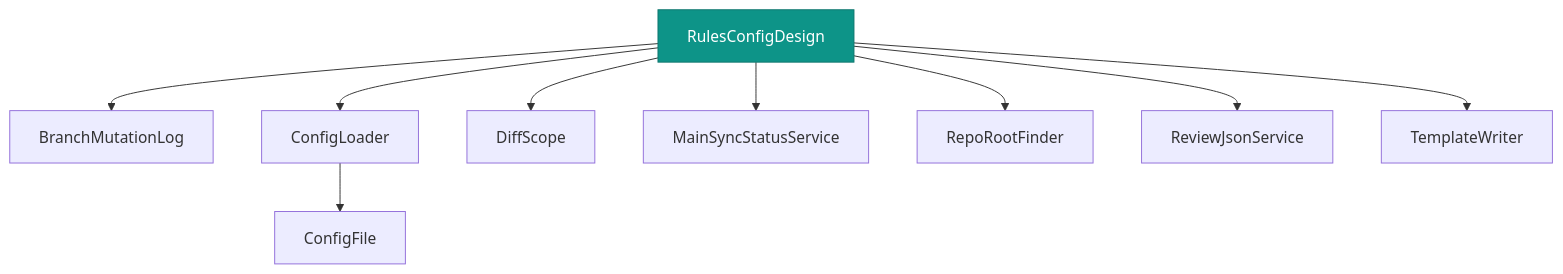
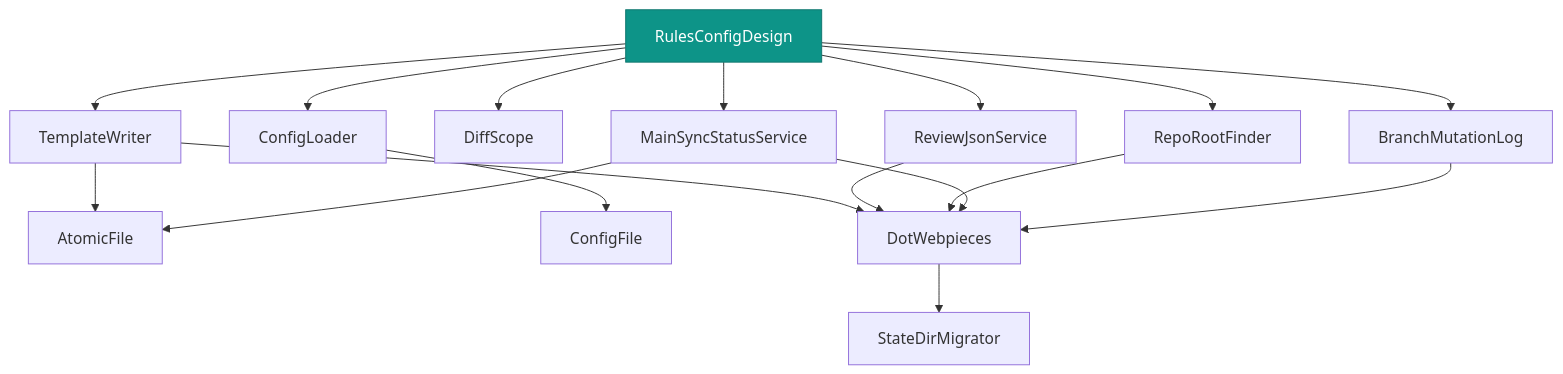
Before and after one commit to deanhiller/webpieces-ts: the diagram in packages/tooling/rules-config/design.md, drawn with Mermaid. The commit also changed other lines of this file and 28 other files, not shown here.

Commit message:
Squash merge of dean/share-webpieces-state-dir (conflicts resolved)

````diff
--- a/packages/tooling/rules-config/design.md
+++ b/packages/tooling/rules-config/design.md
@@ -13,27 +13,38 @@
 ```mermaid
 graph TD
+    AtomicFile["AtomicFile"]
     BranchMutationLog["BranchMutationLog"]
     ConfigFile["ConfigFile"]
     ConfigLoader["ConfigLoader"]
     DiffScope["DiffScope"]
+    DotWebpieces["DotWebpieces"]
     MainSyncStatusService["MainSyncStatusService"]
     RepoRootFinder["RepoRootFinder"]
     ReviewJsonService["ReviewJsonService"]
     RulesConfigDesign["RulesConfigDesign"]:::apiImpl
+    StateDirMigrator["StateDirMigrator"]
     TemplateWriter["TemplateWriter"]
+    BranchMutationLog --> DotWebpieces
     ConfigLoader --> ConfigFile
+    DotWebpieces --> StateDirMigrator
+    MainSyncStatusService --> AtomicFile
+    MainSyncStatusService --> DotWebpieces
+    RepoRootFinder --> DotWebpieces
+    ReviewJsonService --> DotWebpieces
     RulesConfigDesign --> BranchMutationLog
     RulesConfigDesign --> ConfigLoader
     RulesConfigDesign --> DiffScope
     RulesConfigDesign --> MainSyncStatusService
     RulesConfigDesign --> RepoRootFinder
     RulesConfigDesign --> ReviewJsonService
     RulesConfigDesign --> TemplateWriter
+    TemplateWriter --> AtomicFile
+    TemplateWriter --> DotWebpieces
     classDef controller fill:#1f6feb,color:#ffffff,stroke:#0d419d
     classDef apiImpl fill:#0d9488,color:#ffffff,stroke:#0f766e
     classDef component fill:#2da44e,color:#ffffff,stroke:#1a7f37
     classDef unresolved fill:#f0ad4e,color:#000000,stroke:#b8860b,stroke-dasharray: 5 5
     classDef external fill:#b39ddb,color:#000000,stroke:#5e35b1,stroke-width:3px
     classDef api fill:#4fc3f7,color:#000000,stroke:#0277bd,stroke-width:3px
     classDef many fill:#eceff1,color:#000000,stroke:#546e7a,stroke-width:2px,stroke-dasharray: 4 2
 ```
````
